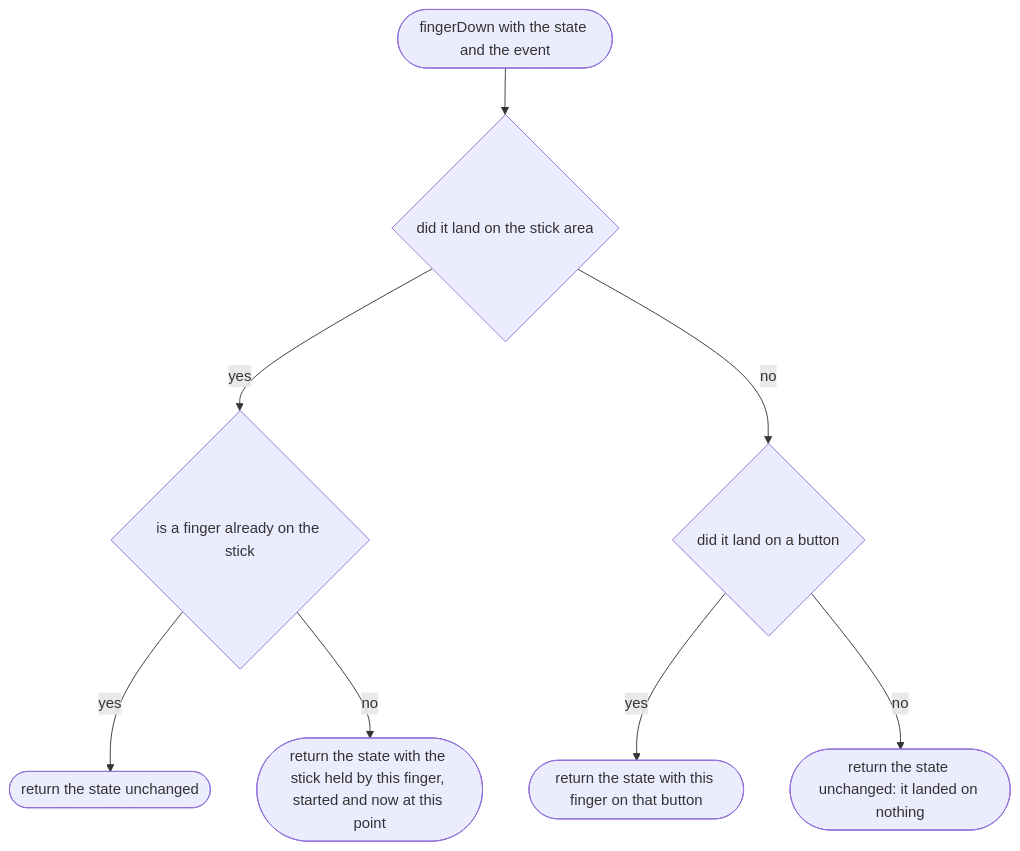
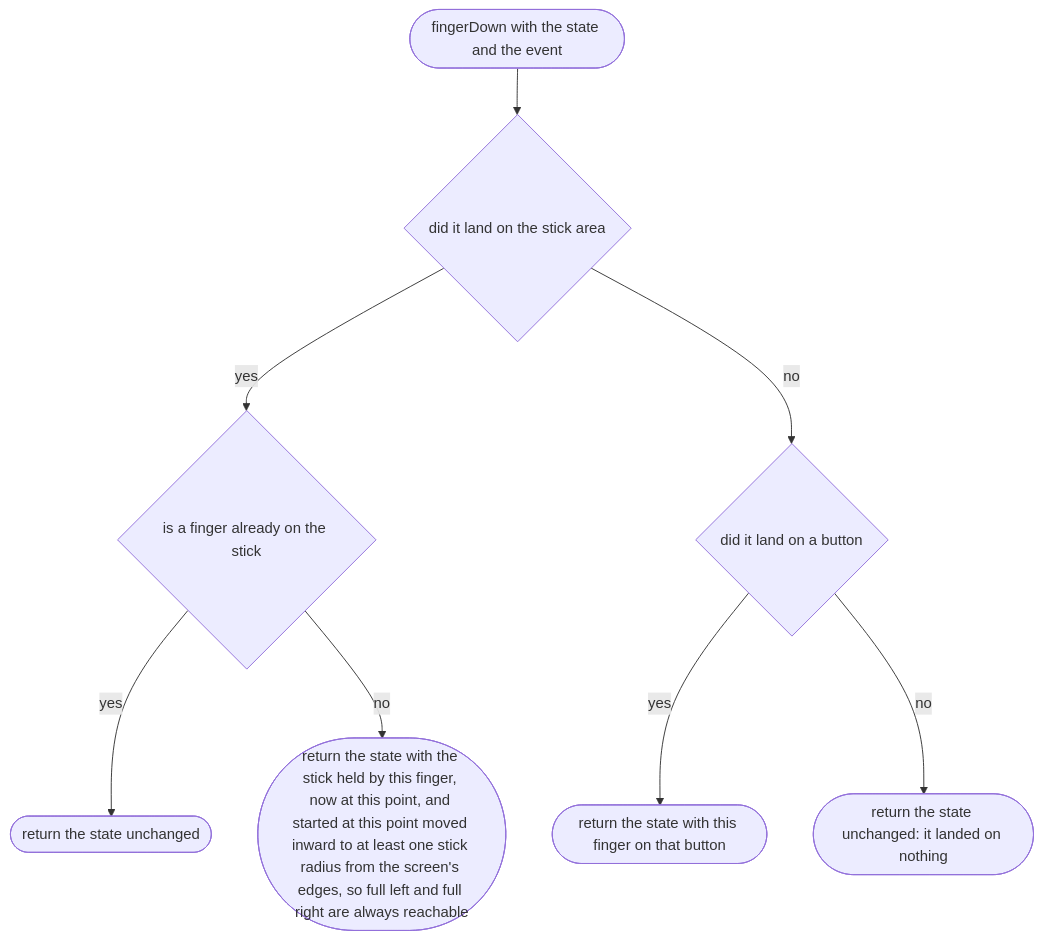
One commit to NewDara-Star/world-engine changed the second of 10 diagrams in docs/designs/src/controls/touch.md. Above: the diagram before and after it, drawn with Mermaid. The commit also changed other lines of this file and 41 other files, not shown here.

````diff
--- a/docs/designs/src/controls/touch.md
+++ b/docs/designs/src/controls/touch.md
@@ -42,18 +53,18 @@
 ```mermaid
 flowchart TD
   s(["fingerDown with the state and the event"])
   a{"did it land on the stick area"}
   b{"is a finger already on the stick"}
   c(["return the state unchanged"])
-  d(["return the state with the stick held by this finger, started and now at this point"])
+  d(["return the state with the stick held by this finger, now at this point, and started at this point moved inward to at least one stick radius from the screen's edges, so full left and full right are always reachable"])
   e{"did it land on a button"}
   f(["return the state with this finger on that button"])
   g(["return the state unchanged: it landed on nothing"])
   s --> a
   a -->|"yes"| b
   b -->|"yes"| c
   b -->|"no"| d
   a -->|"no"| e
   e -->|"yes"| f
   e -->|"no"| g
 ```
````
